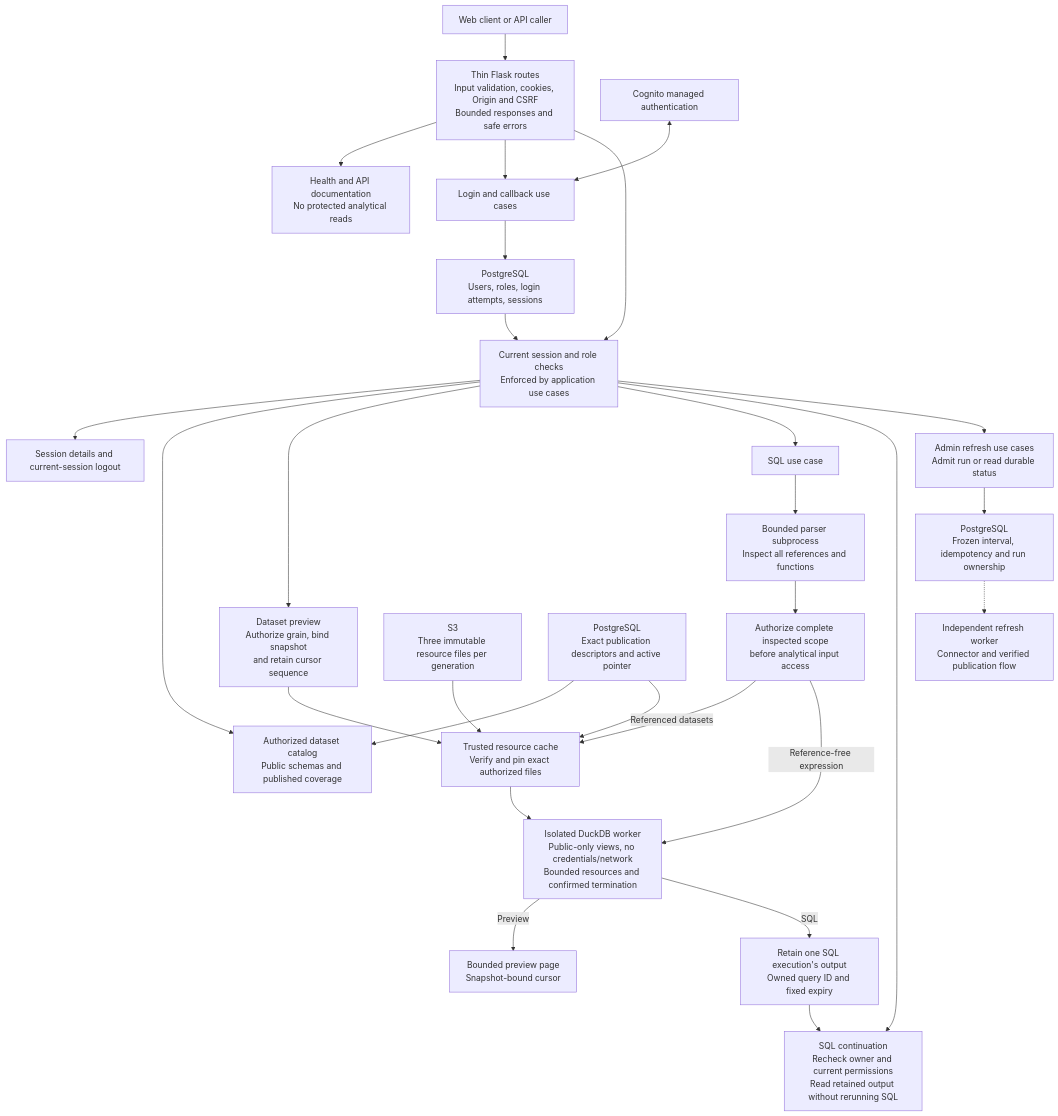
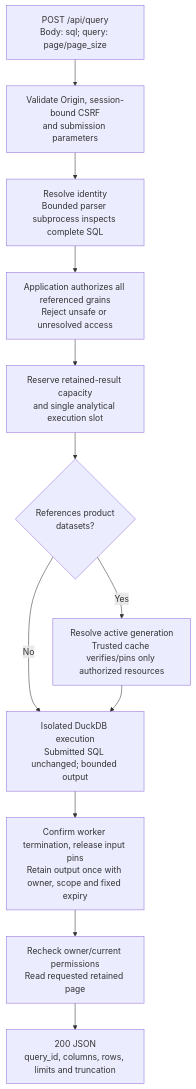
Before and after one commit to PedroEdu6786/outage-explorer: the tenth of 14 diagrams in docs/context/diagrams/endpoints.md, drawn with Mermaid. The commit also changed other lines of this file and 2 other files, not shown here.

First line of the commit message:
docs(api): document each endpoint with its own flow diagram

````diff
--- a/docs/context/diagrams/endpoints.md
+++ b/docs/context/diagrams/endpoints.md
@@ -7,30 +170,14 @@
 ```mermaid
 flowchart TD
-    Client["Web client or API caller"] --> Routes["Thin Flask routes<br/>Input validation, cookies, Origin and CSRF<br/>Bounded responses and safe errors"]
-    Routes --> Public["Health and API documentation<br/>No protected analytical reads"]
-    Routes --> Login["Login and callback use cases"]
-    Cognito["Cognito managed authentication"] <--> Login
-    Login --> AuthState["PostgreSQL<br/>Users, roles, login attempts, sessions"]
-    Routes --> Access["Current session and role checks<br/>Enforced by application use cases"]
-    AuthState --> Access
-    Access --> Session["Session details and current-session logout"]
-    Access --> Catalog["Authorized dataset catalog<br/>Public schemas and published coverage"]
-    Access --> Preview["Dataset preview<br/>Authorize grain, bind snapshot<br/>and retain cursor sequence"]
-    Access --> SQL["SQL use case"]
-    SQL --> Parser["Bounded parser subprocess<br/>Inspect all references and functions"]
-    Parser --> SQLAuth["Authorize complete inspected scope<br/>before analytical input access"]
-    Preview --> Inputs["Trusted resource cache<br/>Verify and pin exact authorized files"]
-    SQLAuth -->|"Referenced datasets"| Inputs
-    SQLAuth -->|"Reference-free expression"| Engine
-    S3["S3<br/>Three immutable resource files per generation"] --> Inputs
-    Publication["PostgreSQL<br/>Exact publication descriptors and active pointer"] --> Catalog
-    Publication --> Inputs
-    Inputs --> Engine["Isolated DuckDB worker<br/>Public-only views, no credentials/network<br/>Bounded resources and confirmed termination"]
-    Engine -->|"Preview"| PreviewResult["Bounded preview page<br/>Snapshot-bound cursor"]
-    Engine -->|"SQL"| SQLResult["Retain one SQL execution's output<br/>Owned query ID and fixed expiry"]
-    Access --> Pages["SQL continuation<br/>Recheck owner and current permissions<br/>Read retained output without rerunning SQL"]
-    SQLResult --> Pages
-    Access --> Refresh["Admin refresh use cases<br/>Admit run or read durable status"]
-    Refresh --> Coordination["PostgreSQL<br/>Frozen interval, idempotency and run ownership"]
-    Coordination -.-> Worker["Independent refresh worker<br/>Connector and verified publication flow"]
+    Request["POST /api/query<br/>Body: sql; query: page/page_size"] --> Transport["Validate Origin, session-bound CSRF<br/>and submission parameters"]
+    Transport --> Inspect["Resolve identity<br/>Bounded parser subprocess inspects complete SQL"]
+    Inspect --> Access["Application authorizes all referenced grains<br/>Reject unsafe or unresolved access"]
+    Access --> Reserve["Reserve retained-result capacity<br/>and single analytical execution slot"]
+    Reserve --> Referenced{"References product<br/>datasets?"}
+    Referenced -->|"Yes"| Inputs["Resolve active generation<br/>Trusted cache verifies/pins only authorized resources"]
+    Referenced -->|"No"| Worker["Isolated DuckDB execution<br/>Submitted SQL unchanged; bounded output"]
+    Inputs --> Worker
+    Worker --> Retain["Confirm worker termination, release input pins<br/>Retain output once with owner, scope and fixed expiry"]
+    Retain --> Page["Recheck owner/current permissions<br/>Read requested retained page"]
+    Page --> Response["200 JSON<br/>query_id, columns, rows, limits and truncation"]
 ```
````
